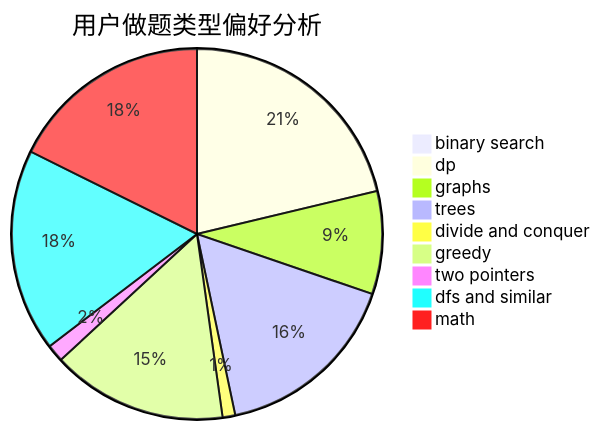
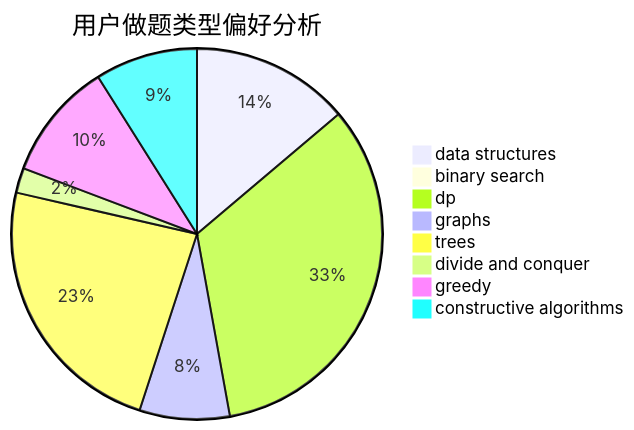
One commit to sherpahu/cfrs.github.io changed the second of 3 diagrams in docs/user/u1306.md. Above: the diagram before and after it, drawn with Mermaid. The commit also changed other lines of this file and 2775 other files, not shown here.

````diff
--- a/docs/user/u1306.md
+++ b/docs/user/u1306.md
@@ -23,12 +23,11 @@
 ```mermaid
 pie title 用户做题类型偏好分析
-    "binary search" :  5
-    "dp" :  154
-    "graphs" :  65
-    "trees" :  119
+    "data structures" :  51
+    "binary search" :  3
+    "dp" :  123
+    "graphs" :  29
+    "trees" :  87
     "divide and conquer" :  8
-    "greedy" :  111
-    "two pointers" :  11
-    "dfs and similar" :  128
-    "math" :  128
+    "greedy" :  38
+    "constructive algorithms" :  33
 ```
````
